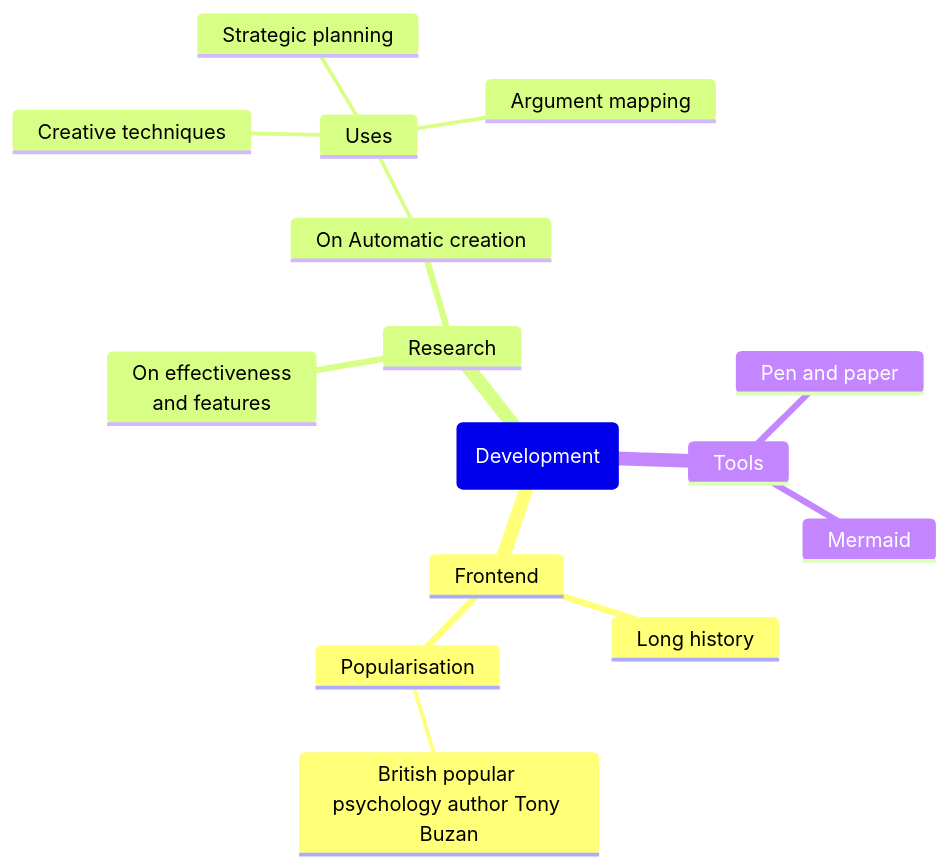
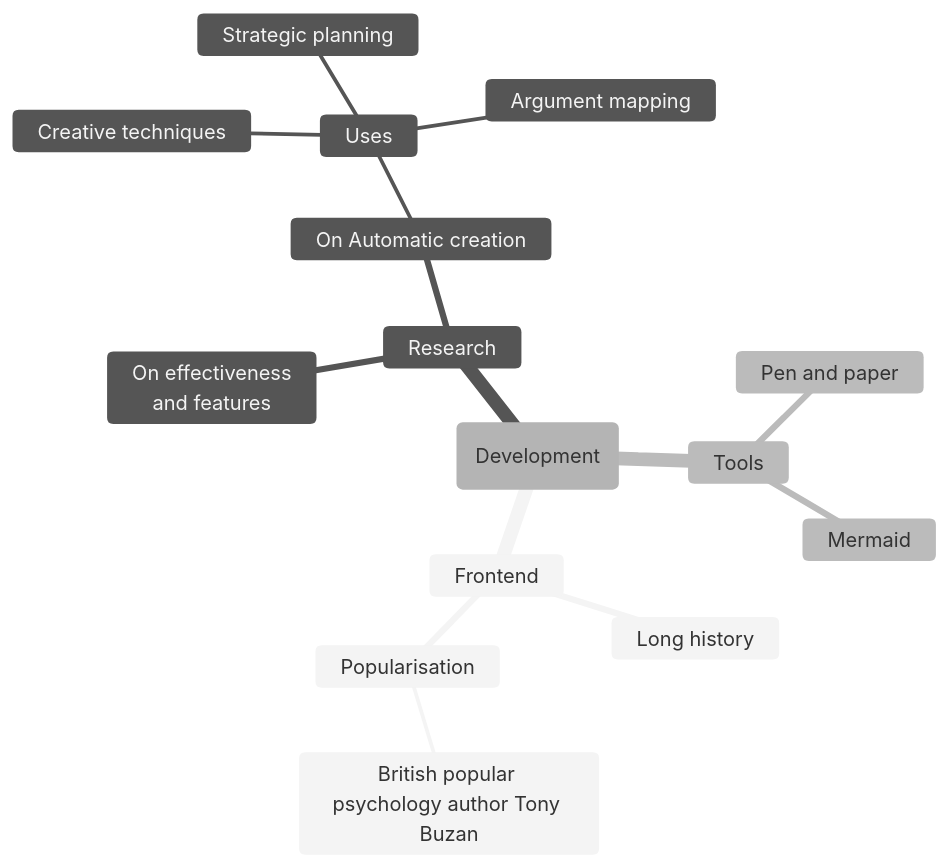
One commit to Azriel1909/Pink-academy changed the diagram in README.md. Above: the diagram before and after it, drawn with Mermaid.

Commit message:
Mindmap updated

````diff
--- a/README.md
+++ b/README.md
@@ -5,19 +5,20 @@
 ```mermaid
+%%{init: {'theme':'neutral'}}%%
 mindmap
   root(Development)
     Frontend
       Long history
       ::icon(fa fa-book)
       Popularisation
         British popular psychology author Tony Buzan
     Research
       On effectiveness<br/>and features
       On Automatic creation
         Uses
             Creative techniques
             Strategic planning
             Argument mapping
     Tools
       Pen and paper
       Mermaid
 ```
````
